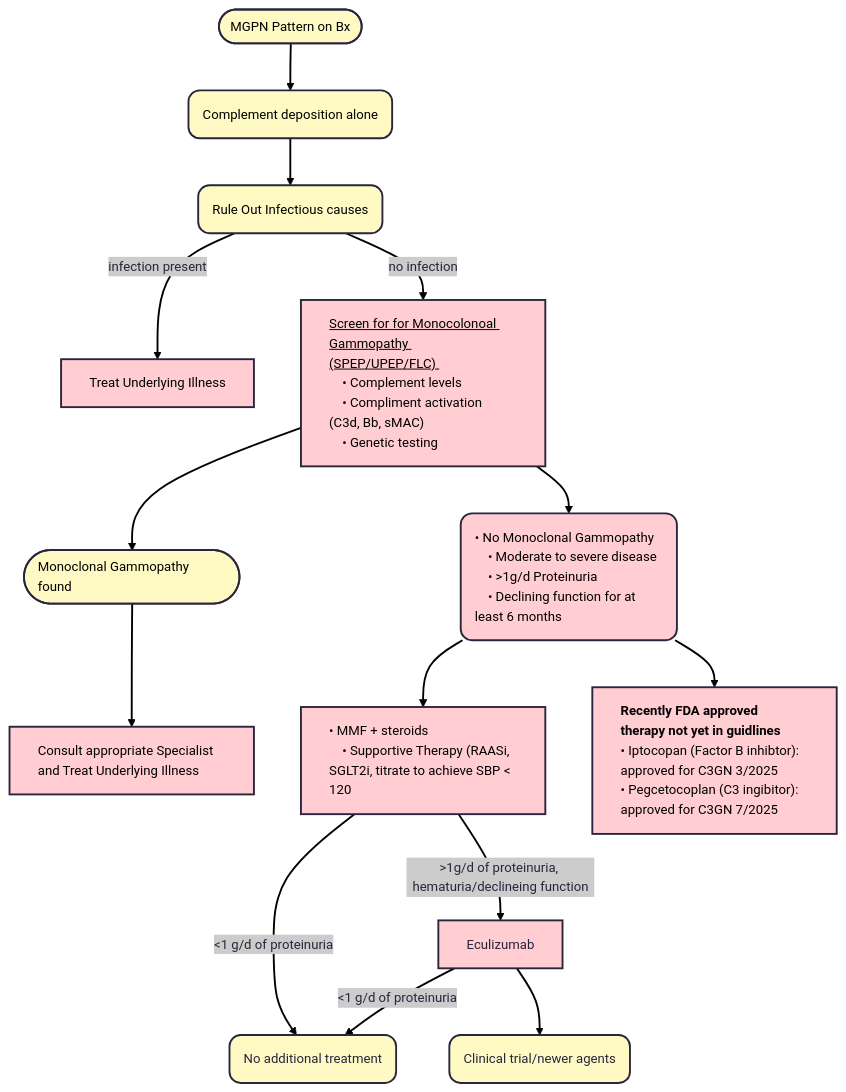
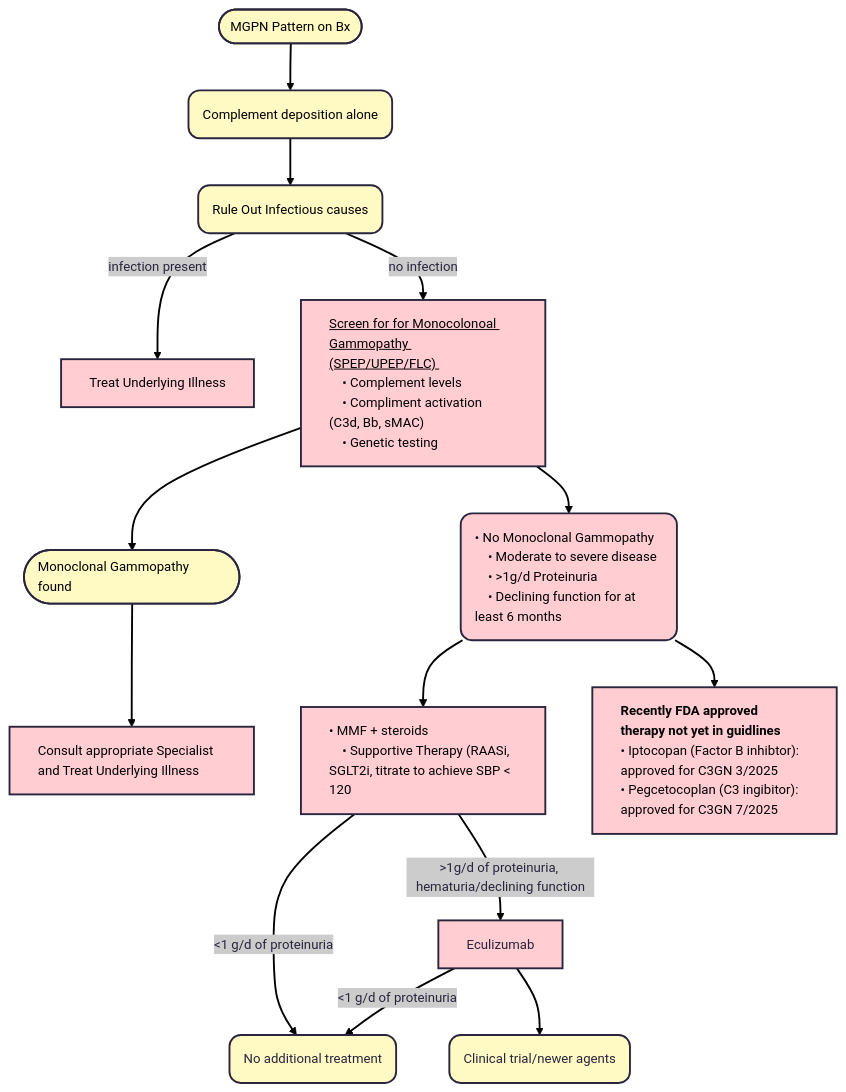
One commit to TTUNEPH2025/GN changed the third of 4 diagrams in docs/MPGN-C3GN.md. Above: the diagram before and after it, drawn with Mermaid.

````diff
--- a/docs/MPGN-C3GN.md
+++ b/docs/MPGN-C3GN.md
@@ -153,47 +153,47 @@
 ```mermaid
 ---
 config:
   theme: redux
 ---
 flowchart TB
     A(["MGPN Pattern on Bx"]) --> n2["Complement deposition alone"]
     n8["Rule Out Infectious causes"] -- infection present --> n23["Treat Underlying Illness"]
     n8 -- no infection --> n24["<ins>Screen for for Monocolonoal Gammopathy (SPEP/UPEP/FLC) </ins>
     • Complement levels
     • Compliment activation (C3d, Bb, sMAC)
     • Genetic testing"]
     n24 --> n30["• No Monoclonal Gammopathy
     • Moderate to severe disease
     • >1g/d Proteinuria
     • Declining function for at least 6 months"] & n31(["Monoclonal Gammopathy found"])
     n31 --> n32["Consult appropriate Specialist and Treat Underlying Illness"]
     n30 --> n33["• MMF + steroids
     • Supportive Therapy (RAASi, SGLT2i, titrate to achieve SBP &lt; 120"] & n34["`**Recently FDA approved therapy not yet in guidlines**
     • Iptocopan (Factor B inhibtor): approved for C3GN 3/2025
     • Pegcetocoplan (C3 ingibitor): approved for C3GN 7/2025`"]
     n2 --> n8
     n33 -- &lt;1 g/d of proteinuria --> n35["No additional treatment"]
-    n33 -- >1g/d of proteinuria, hematuria/declineing function --> n36["Eculizumab"]
+    n33 -- >1g/d of proteinuria, hematuria/declining function --> n36["Eculizumab"]
     n36 -- &lt;1 g/d of proteinuria --> n35
     n36 --> n37["Clinical trial/newer agents"]
 
     n2@{ shape: rounded}
     n8@{ shape: rounded}
     n30@{ shape: rounded}
     n35@{ shape: rounded}
     n36@{ shape: rect}
     n37@{ shape: rounded}
     style A color:#000000,fill:#FFF9C4,text-align:left
     style n2 color:#000000,fill:#FFF9C4,text-align:left
     style n8 color:#000000,fill:#FFF9C4,text-align:left
     style n23 fill:#FFCDD2,color:#000000,text-align:left
     style n24 fill:#FFCDD2,color:#000000,text-align:left
     style n30 fill:#FFCDD2,color:#000000,text-align:left
     style n31 color:#000000,fill:#FFF9C4,text-align:left
     style n32 fill:#FFCDD2,color:#000000,text-align:left
     style n33 fill:#FFCDD2,color:#000000,text-align:left
     style n34 fill:#FFCDD2,color:#000000,text-align:left
     style n35 fill:#FFF9C4
     style n36 fill:#FFCDD2
     style n37 fill:#FFF9C4
 ```
````
